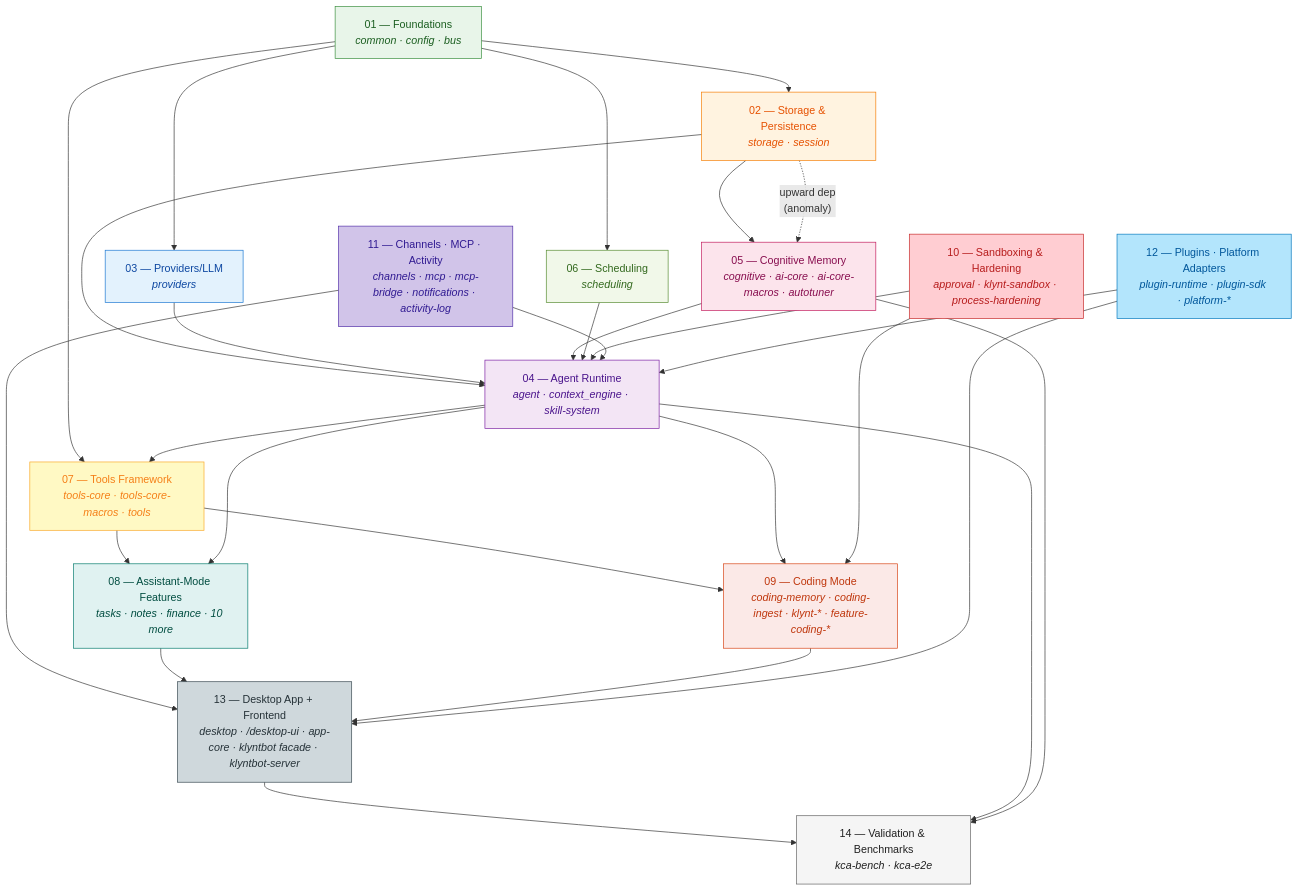
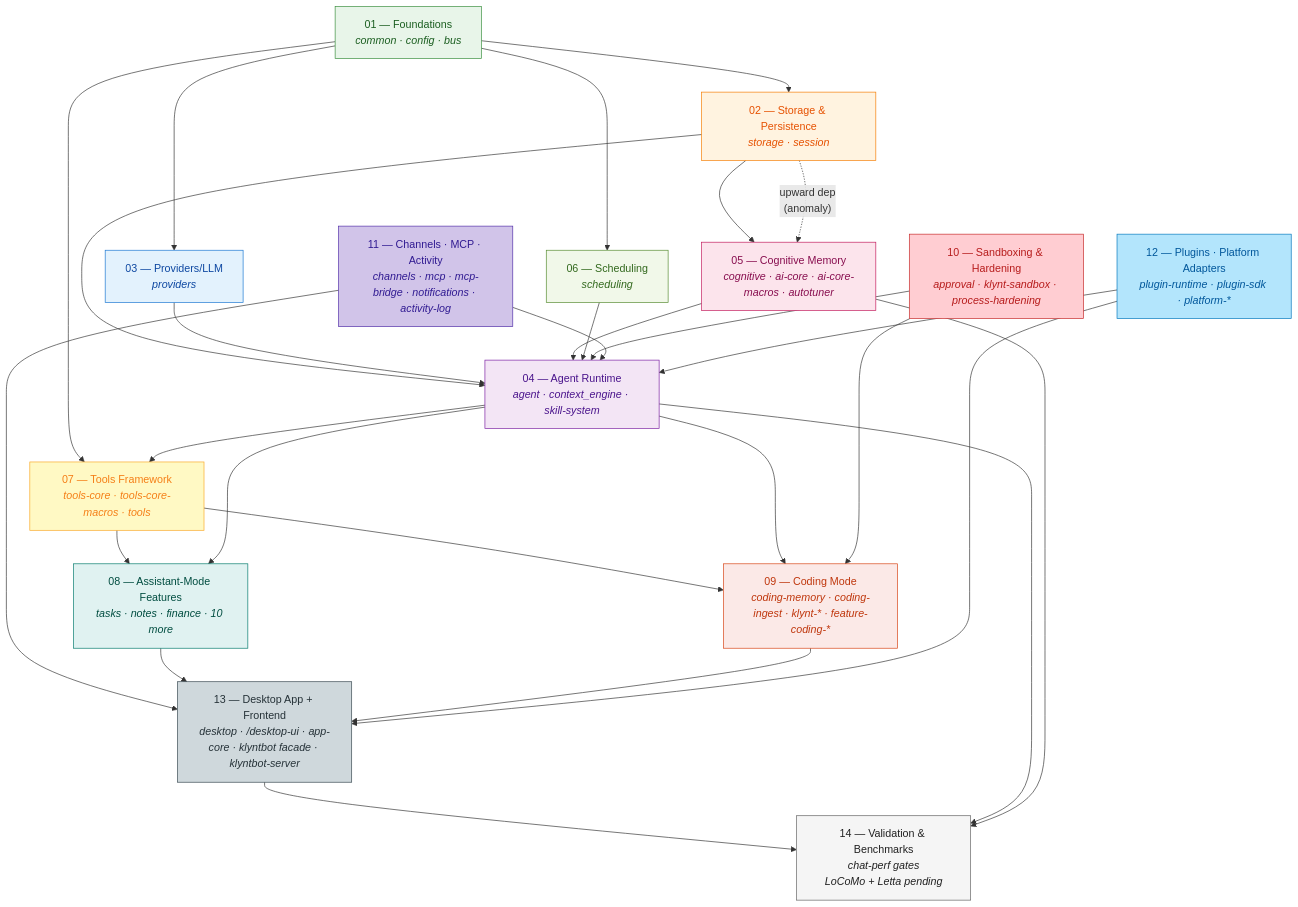
Before and after one commit to KlyntLabs/klyntbot: the first of 4 diagrams in docs/architecture/00-overview.md, drawn with Mermaid. The commit also changed other lines of this file and 49 other files, not shown here.

````diff
--- a/docs/architecture/00-overview.md
+++ b/docs/architecture/00-overview.md
@@ -60,59 +60,59 @@
 ```mermaid
 flowchart TB
     classDef found fill:#e8f5e9,stroke:#388e3c,color:#1b5e20
     classDef store fill:#fff3e0,stroke:#f57c00,color:#e65100
     classDef llm fill:#e3f2fd,stroke:#1976d2,color:#0d47a1
     classDef runtime fill:#f3e5f5,stroke:#7b1fa2,color:#4a148c
     classDef cognition fill:#fce4ec,stroke:#c2185b,color:#880e4f
     classDef sched fill:#f1f8e9,stroke:#558b2f,color:#33691e
     classDef tools fill:#fff9c4,stroke:#f9a825,color:#f57f17
     classDef features fill:#e0f2f1,stroke:#00796b,color:#004d40
     classDef coding fill:#fbe9e7,stroke:#d84315,color:#bf360c
     classDef sec fill:#ffcdd2,stroke:#c62828,color:#b71c1c
     classDef ext fill:#d1c4e9,stroke:#512da8,color:#311b92
     classDef plug fill:#b3e5fc,stroke:#0277bd,color:#01579b
     classDef desktop fill:#cfd8dc,stroke:#37474f,color:#263238
     classDef val fill:#f5f5f5,stroke:#616161,color:#212121
 
     F[01 — Foundations<br/><i>common · config · bus</i>]:::found
     S[02 — Storage & Persistence<br/><i>storage · session</i>]:::store
     P[03 — Providers/LLM<br/><i>providers</i>]:::llm
     A[04 — Agent Runtime<br/><i>agent · context_engine · skill-system</i>]:::runtime
     C[05 — Cognitive Memory<br/><i>cognitive · ai-core · ai-core-macros · autotuner</i>]:::cognition
     SC[06 — Scheduling<br/><i>scheduling</i>]:::sched
     T[07 — Tools Framework<br/><i>tools-core · tools-core-macros · tools</i>]:::tools
     AF[08 — Assistant-Mode Features<br/><i>tasks · notes · finance · 10 more</i>]:::features
     CM[09 — Coding Mode<br/><i>coding-memory · coding-ingest · klynt-* · feature-coding-*</i>]:::coding
     SEC[10 — Sandboxing & Hardening<br/><i>approval · klynt-sandbox · process-hardening</i>]:::sec
     EX[11 — Channels · MCP · Activity<br/><i>channels · mcp · mcp-bridge · notifications · activity-log</i>]:::ext
     PL[12 — Plugins · Platform Adapters<br/><i>plugin-runtime · plugin-sdk · platform-*</i>]:::plug
     D[13 — Desktop App + Frontend<br/><i>desktop · /desktop-ui · app-core · klyntbot facade · klyntbot-server</i>]:::desktop
-    V[14 — Validation & Benchmarks<br/><i>kca-bench · kca-e2e</i>]:::val
+    V[14 — Validation & Benchmarks<br/><i>chat-perf gates<br/>LoCoMo + Letta pending</i>]:::val
 
     F --> S
     F --> P
     F --> SC
     F --> T
     S --> A
     S --> C
     S -.upward dep<br/>(anomaly).-> C
     P --> A
     A --> T
     C --> A
     SC --> A
     T --> AF
     T --> CM
     A --> AF
     A --> CM
     SEC --> A
     SEC --> CM
     EX --> A
     EX --> D
     AF --> D
     CM --> D
     PL --> D
     PL --> A
     D --> V
     A --> V
     C --> V
 ```
````
